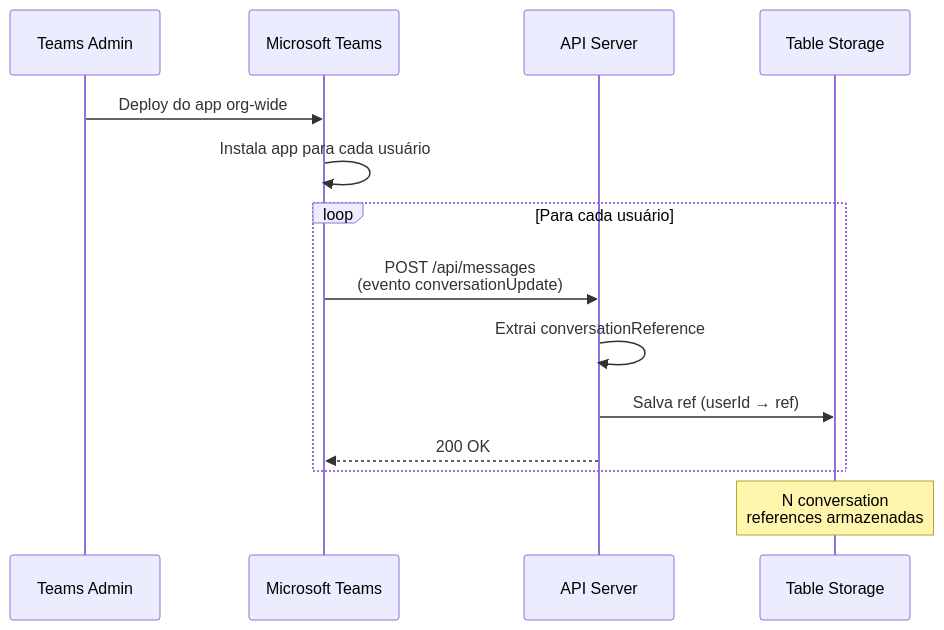
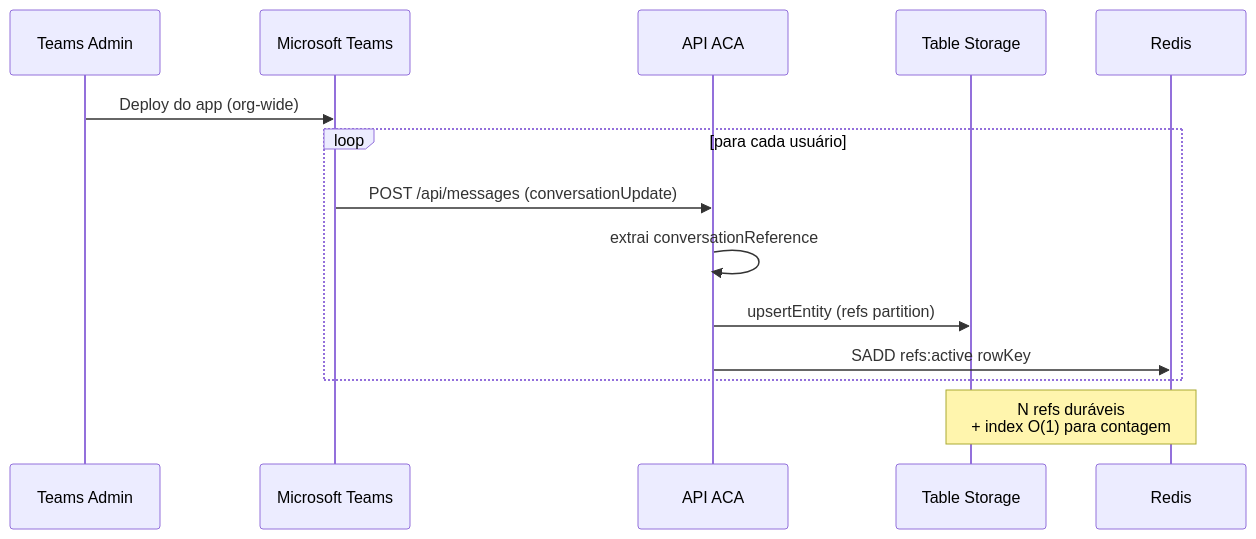
The second of 4 diagrams in README.md (EdneiMonteiro/teams_msgs), drawn with Mermaid before and after one commit. The commit also changed other lines of this file and 24 other files, not shown here.

````diff
--- a/README.md
+++ b/README.md
@@ -148,19 +89,17 @@
 ```mermaid
 sequenceDiagram
     participant Admin as Teams Admin
     participant Teams as Microsoft Teams
-    participant API as API Server
-    participant Store as Table Storage
+    participant API as API ACA
+    participant Table as Table Storage
+    participant Redis as Redis
 
-    Admin->>Teams: Deploy do app org-wide
-    Teams->>Teams: Instala app para cada usuário
-
-    loop Para cada usuário
-        Teams->>API: POST /api/messages<br/>(evento conversationUpdate)
-        API->>API: Extrai conversationReference
-        API->>Store: Salva ref (userId → ref)
-        API-->>Teams: 200 OK
+    Admin->>Teams: Deploy do app (org-wide)
+    loop para cada usuário
+        Teams->>API: POST /api/messages (conversationUpdate)
+        API->>API: extrai conversationReference
+        API->>Table: upsertEntity (refs partition)
+        API->>Redis: SADD refs:active rowKey
     end
-
-    Note over Store: N conversation<br/>references armazenadas
+    Note over Table,Redis: N refs duráveis<br/>+ index O(1) para contagem
 ```
````
